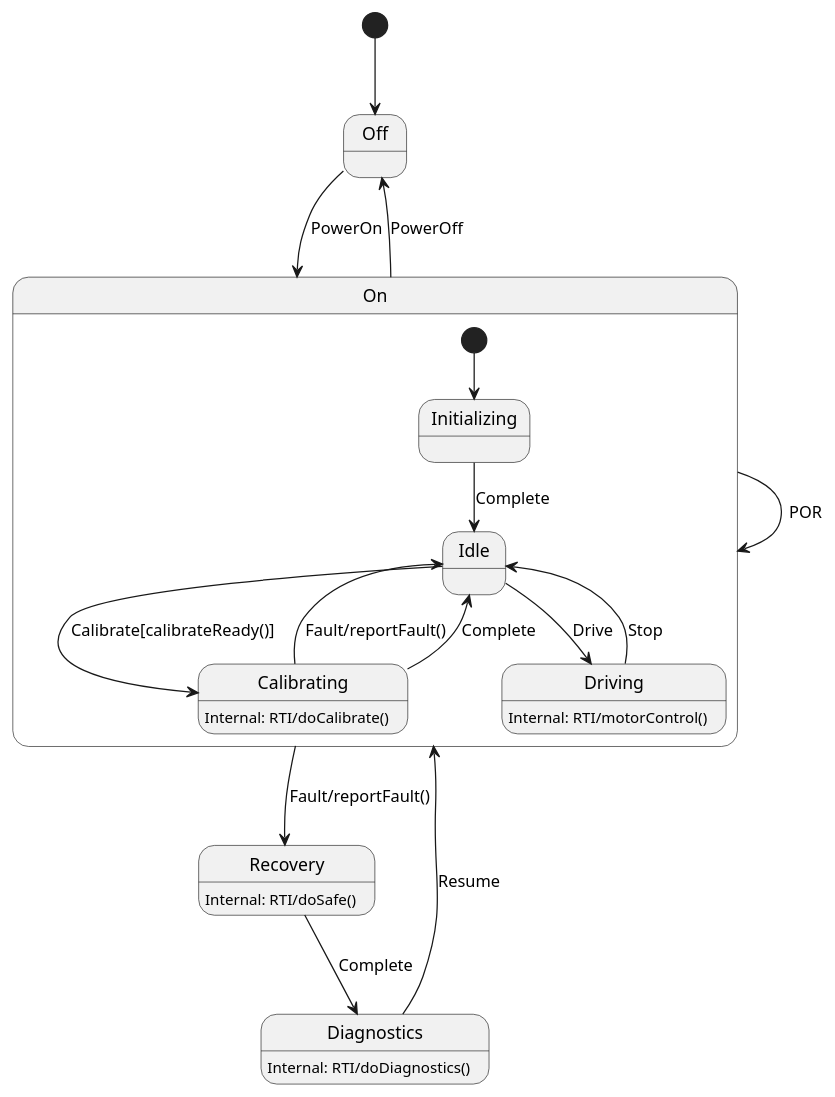
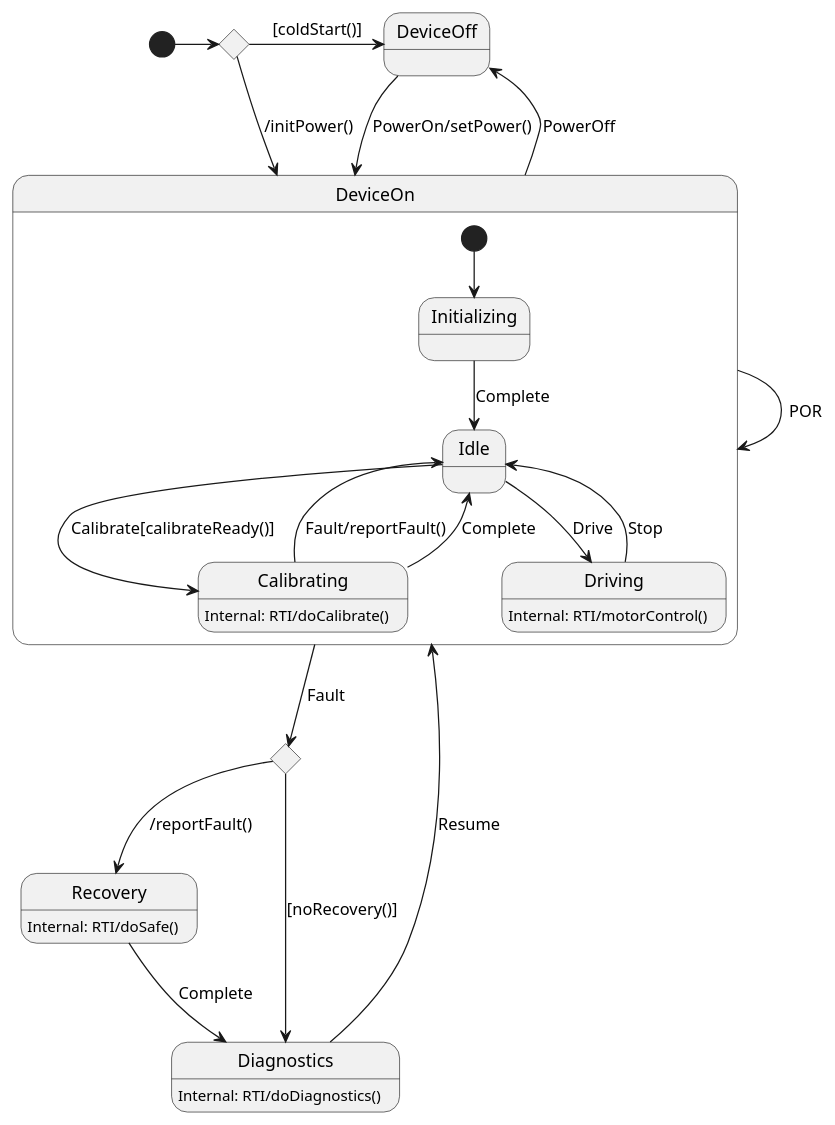
The diagram in docs/spec/Device.plantuml (nasa/fpp), drawn with PlantUML before and after one commit. The commit also changed 6 other files, not shown here.

```diff
--- a/docs/spec/Device.plantuml
+++ b/docs/spec/Device.plantuml
@@ -2,46 +2,53 @@
 @startuml
 
-[*] --> Off
+state DeviceOff
 
-state Off
-
-state On {
+state DeviceOn {
     [*] --> Initializing
 
     state Initializing
 
     state Idle
 
     state Calibrating {
         Calibrating:Internal: RTI/doCalibrate()
     }
 
     state Driving {
         Driving:Internal: RTI/motorControl()
     }
 
     Initializing --> Idle: Complete
     Idle --> Driving: Drive
     Idle --> Calibrating: Calibrate[calibrateReady()]
     Calibrating --> Idle: Fault/reportFault()
     Calibrating --> Idle: Complete
     Driving --> Idle: Stop
 }
 
+state g1 <<choice>>
+
+[*] -> g1
+g1 -> DeviceOff: [coldStart()]
+g1 -> DeviceOn:/initPower()
+
 state Recovery {
     Recovery:Internal: RTI/doSafe()
 }
 
 state Diagnostics {
     Diagnostics:Internal: RTI/doDiagnostics()
 }
+state g2 <<choice>>
 
-Off --> On: PowerOn
-On --> Off: PowerOff
-On --> Recovery: Fault/reportFault()
-Diagnostics --> On: Resume
+DeviceOff --> DeviceOn: PowerOn/setPower()
+DeviceOn --> DeviceOff: PowerOff
+DeviceOn --> g2: Fault
+g2 --> Recovery: /reportFault()
+g2 --> Diagnostics: [noRecovery()]
+Diagnostics --> DeviceOn: Resume
 Recovery --> Diagnostics: Complete
-On --> On: POR
+DeviceOn --> DeviceOn: POR
 
 
 @enduml
```
